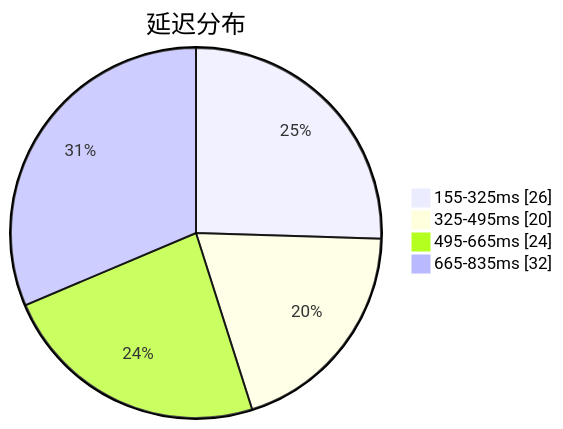
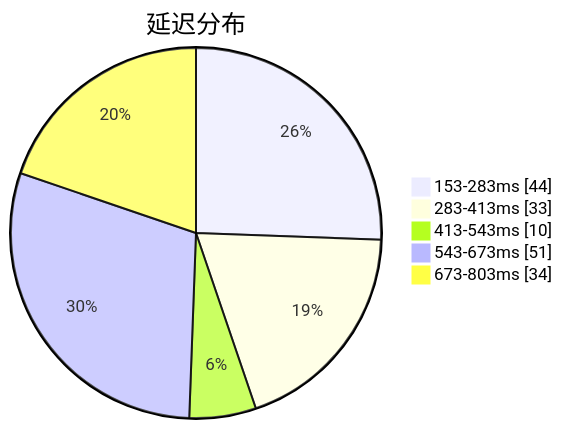
One commit to qjlxg/airport changed the first of 3 diagrams in subs/statistics/tested_within.md. Above: the diagram before and after it, drawn with Mermaid. The commit also changed other lines of this file and 2 other files, not shown here.

````diff
--- a/subs/statistics/tested_within.md
+++ b/subs/statistics/tested_within.md
@@ -2,8 +2,9 @@
 ```mermaid
 pie showData
 title 延迟分布
-"155-325ms" : 26
-"325-495ms" : 20
-"495-665ms" : 24
-"665-835ms" : 32
+"153-283ms" : 44
+"283-413ms" : 33
+"413-543ms" : 10
+"543-673ms" : 51
+"673-803ms" : 34
 ```
````
